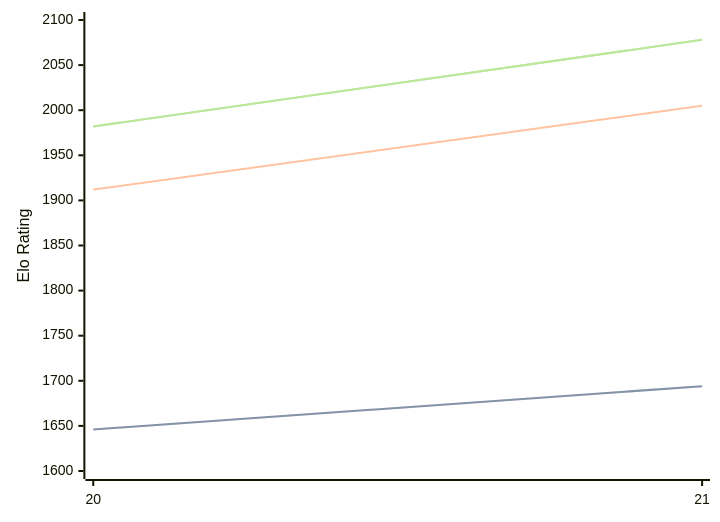
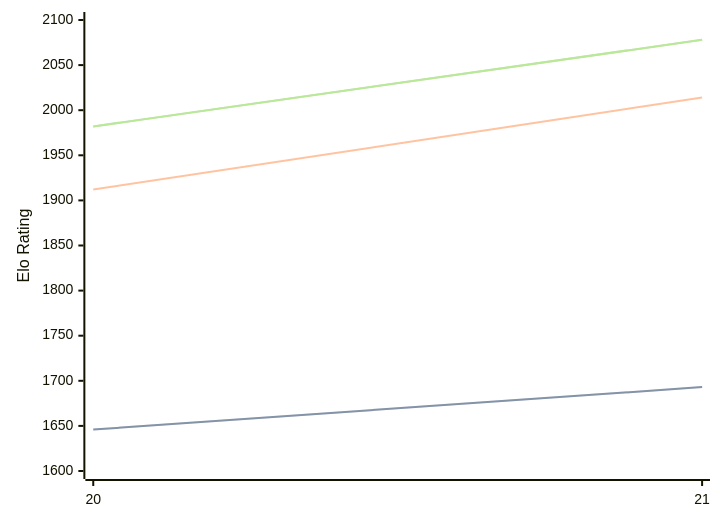
Before and after one commit to computer-chess-index/cci: the diagram in engines/PurplePanda.md, drawn with Mermaid. The commit also changed other lines of this file, not shown here.

````diff
--- a/engines/PurplePanda.md
+++ b/engines/PurplePanda.md
@@ -32,11 +32,11 @@
 ```mermaid
 %%{init: {"theme":"base","themeVariables":{"seriesColors:['#a3a3a3','#222221','#faa371']}}}%%
 xychart-beta
   x-axis ["20", "21"]
   y-axis "Elo Rating" 1600 --> 2100
-  line "" [1646, 1694]
-  line "STC (8.0+0.08s)" [1646, 1694]
-  line "LTC (60.0+0.60s)" [1912, 2005]
+  line "" [1646, 1693]
+  line "STC (8.0+0.08s)" [1646, 1693]
+  line "LTC (60.0+0.60s)" [1912, 2014]
   line "" [1982, 2078]
   line "VLTC (2m24s+1.12s)" [1982, 2078]
 ```
````
